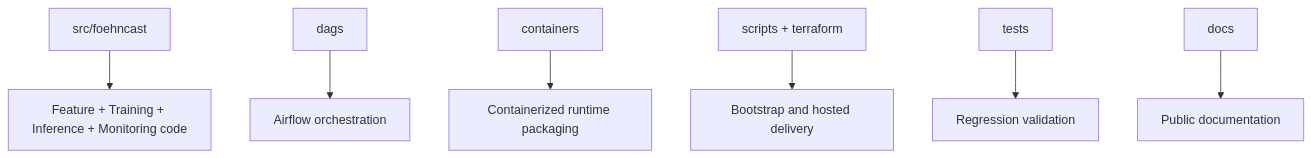
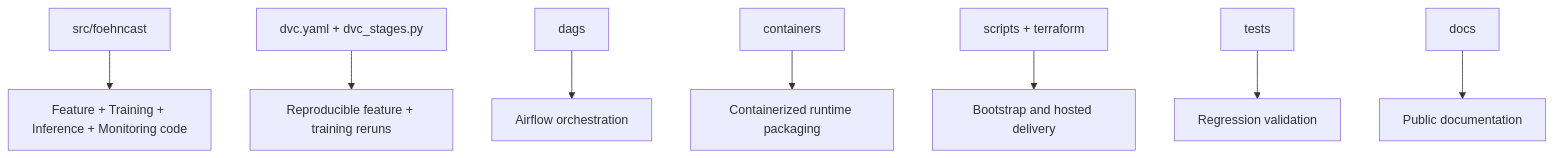
The diagram in docs/site/system/repository.md (javihslu/foehncast), drawn with Mermaid before and after one commit. The commit also changed other lines of this file and 5 other files, not shown here.

```diff
--- a/docs/site/system/repository.md
+++ b/docs/site/system/repository.md
@@ -28,9 +30,10 @@
 <div class="mermaid">
 flowchart TD
   CODE[src/foehncast] --> APP[Feature + Training + Inference + Monitoring code]
+  DVC[dvc.yaml + dvc_stages.py] --> REPRO[Reproducible feature + training reruns]
   DAGS[dags] --> ORCH[Airflow orchestration]
   CNT[containers] --> PACK[Containerized runtime packaging]
   OPS[scripts + terraform] --> DELIV[Bootstrap and hosted delivery]
   TESTS[tests] --> VERIFY[Regression validation]
   DOCS[docs] --> SITE[Public documentation]
 </div>
```
